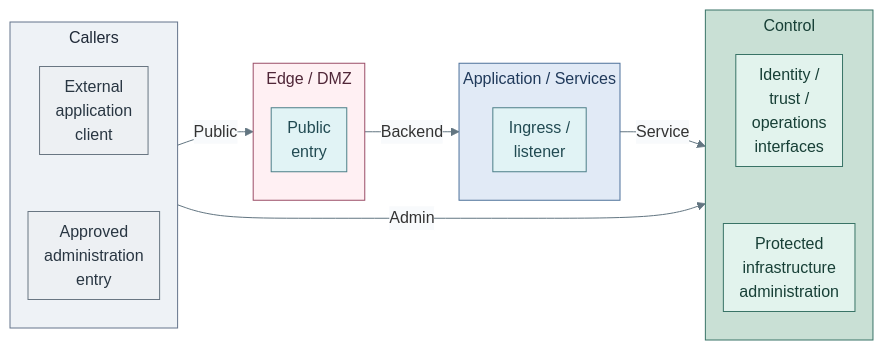
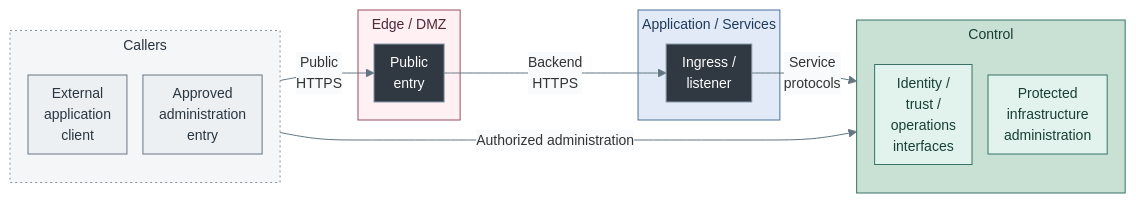
Before and after one commit to Rexus/homelab: the first of 2 diagrams in docs/01-architecture/05-networking/README.md, drawn with Mermaid. The commit also changed other lines of this file and 124 other files, not shown here.

First line of the commit message:
fix(platform): align service diagrams and directory failover

````diff
--- a/docs/01-architecture/05-networking/README.md
+++ b/docs/01-architecture/05-networking/README.md
@@ -22,43 +22,42 @@
 ```mermaid
-%%{init: {"theme":"base","flowchart":{"nodeSpacing":16,"rankSpacing":32,"padding":8,"subGraphTitleMargin":{"top":4,"bottom":12}},"themeVariables":{"lineColor":"#627581","edgeLabelBackground":"#f8fafc"}}}%%
+%%{init: {"theme":"base","flowchart":{"nodeSpacing":16,"rankSpacing":32,"padding":8,"subGraphTitleMargin":{"top":4,"bottom":12}},"themeVariables":{"lineColor":"#627581","edgeLabelBackground":"#f8fafc","fontFamily":"Arial, sans-serif","fontSize":"14px"},"fontFamily":"Arial, sans-serif"}}%%
 flowchart LR
   subgraph Access["Callers"]
     direction TB
     Internet["External<br/>application<br/>client"]
     AdminEntry["Approved<br/>administration<br/>entry"]
-    Internet ~~~ AdminEntry
   end
   subgraph Edge["Edge / DMZ"]
     Gateways["Public<br/>entry"]
   end
   subgraph Application["Application / Services"]
     Services["Ingress /<br/>listener"]
   end
   subgraph Control["Control"]
     direction TB
     Endpoints["Identity /<br/>trust /<br/>operations<br/>interfaces"]
     Administration["Protected<br/>infrastructure<br/>administration"]
-    Endpoints ~~~ Administration
   end
-  Access -->|Public| Edge
-  Edge -->|Backend| Application
-  Application -->|Service| Control
-  Access -->|Admin| Control
+  Internet -->|Public<br/>HTTPS| Gateways
+  Gateways -->|Backend<br/>HTTPS| Services
+  Services -->|Service<br/>protocols| Endpoints
+  AdminEntry ---->|Authorized administration| Administration
   classDef default fill:#f8fafc,stroke:#64748b,color:#1f2937
   classDef boundary fill:#eef2f6,stroke:#64748b,color:#1f2937
   classDef edge fill:#fce8ec,stroke:#9b4d67,color:#502638
   classDef services fill:#e7f0fc,stroke:#4d719b,color:#203a5b
   classDef control fill:#e2f3ed,stroke:#397366,color:#173f36
   classDef actor fill:#edf0f3,stroke:#697682,color:#293642
-  class Access boundary
   class Internet,AdminEntry actor
   class Endpoints,Administration control
-  classDef traffic fill:#e1f3f5,stroke:#4c7f88,color:#214a52
+  classDef traffic fill:#303841,stroke:#8a9baa,color:#ffffff
   class Gateways,Services traffic
   classDef zoneEdge fill:#fff0f3,stroke:#9b4d67,color:#502638
   class Edge zoneEdge
   classDef zoneServices fill:#e1eaf6,stroke:#4d719b,color:#203a5b
   class Application zoneServices
   classDef zoneControl fill:#c9e0d5,stroke:#397366,color:#173f36
   class Control zoneControl
+  classDef group fill:#f5f6f7,stroke:#89939e,color:#273340,stroke-dasharray:2 3
+  class Access group
 ```
````
